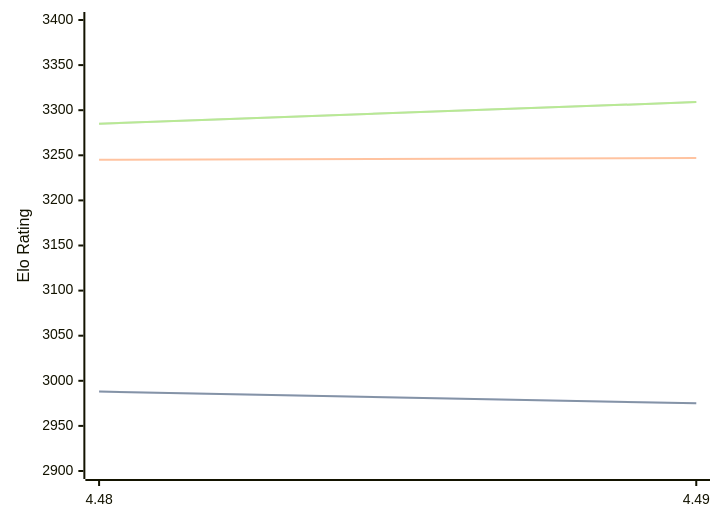
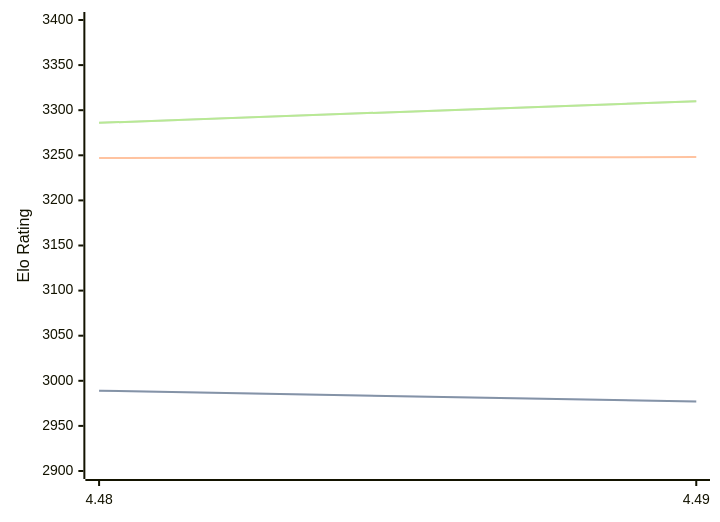
One commit to computer-chess-index/cci changed the diagram in engines/Cheng4.md. Above: the diagram before and after it, drawn with Mermaid. The commit also changed other lines of this file, not shown here.

Commit message:
Update CCI Ratings (ELO VLTC) - 2026-10-09

````diff
--- a/engines/Cheng4.md
+++ b/engines/Cheng4.md
@@ -32,11 +32,11 @@
 ```mermaid
 %%{init: {"theme":"base","themeVariables":{"seriesColors:['#a3a3a3','#222221','#faa371']}}}%%
 xychart-beta
   x-axis ["4.48", "4.49"]
   y-axis "Elo Rating" 2900 --> 3400
-  line "" [2988, 2975]
-  line "STC (8.0+0.08s)" [2988, 2975]
-  line "LTC (60.0+0.60s)" [3245, 3247]
-  line "" [3285, 3309]
-  line "VLTC (2m24s+1.12s)" [3285, 3309]
+  line "" [2989, 2977]
+  line "STC (8.0+0.08s)" [2989, 2977]
+  line "LTC (60.0+0.60s)" [3247, 3248]
+  line "" [3286, 3310]
+  line "VLTC (2m24s+1.12s)" [3286, 3310]
 ```
````
